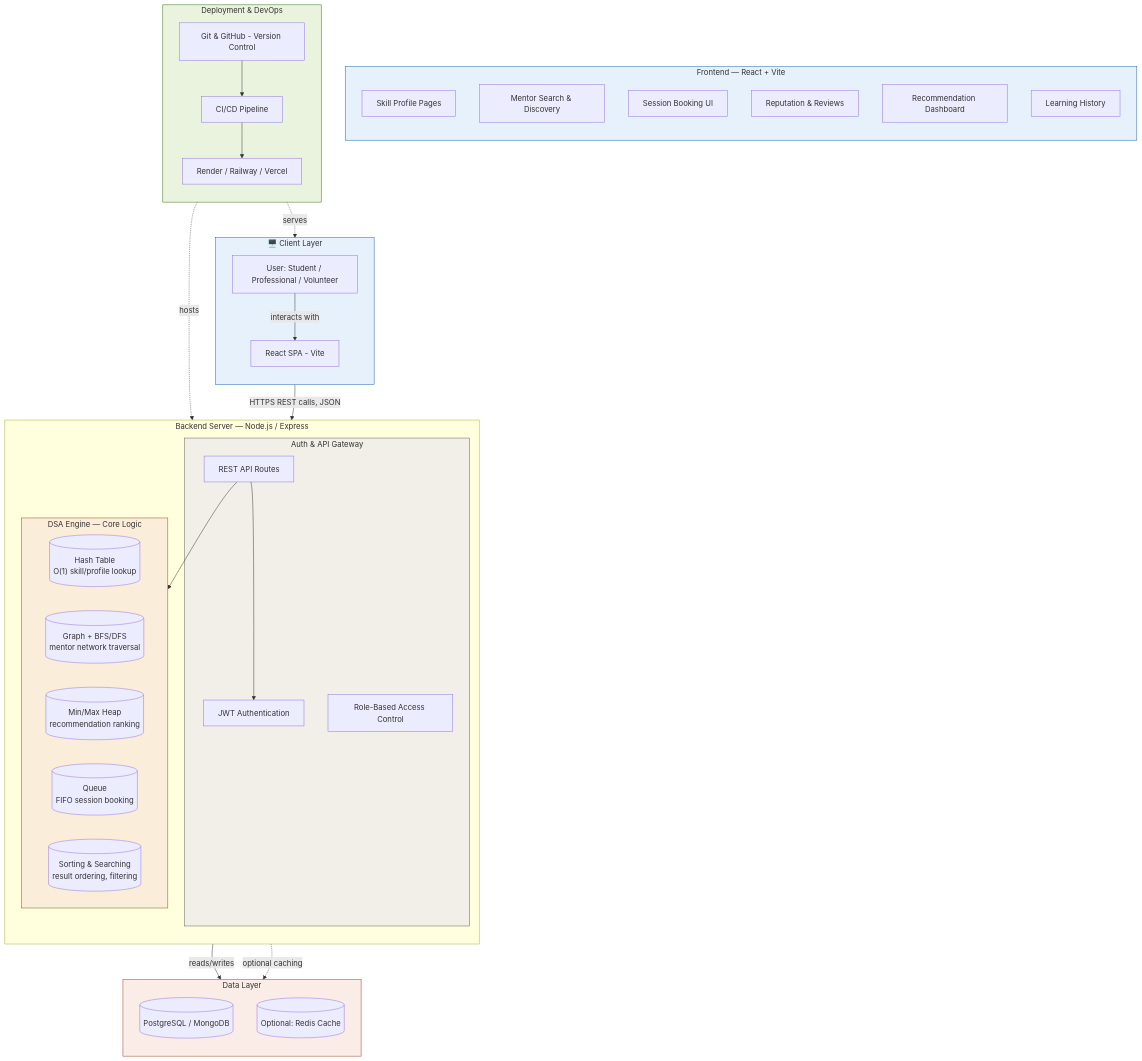
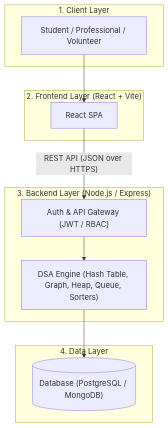
Before and after one commit to hemangi-makwana/csc210_project7_group5: the diagram in README.md, drawn with Mermaid. The commit also changed other lines of this file and 3 other files, not shown here.

Commit message:
docs: add system architecture documentation

````diff
--- a/README.md
+++ b/README.md
@@ -57,67 +79,24 @@
 ```mermaid
-flowchart TB
-    subgraph Client["🖥️ Client Layer"]
-        direction TB
-        U[User: Student / Professional / Volunteer]
-        UI[React SPA - Vite]
-        U -->|interacts with| UI
+flowchart TD
+    subgraph Client["1. Client Layer"]
+        U1["Student / Professional / Volunteer"]
     end
 
-    subgraph Frontend["Frontend — React + Vite"]
-        direction TB
-        P1[Skill Profile Pages]
-        P2[Mentor Search & Discovery]
-        P3[Session Booking UI]
-        P4[Reputation & Reviews]
-        P5[Recommendation Dashboard]
-        P6[Learning History]
+    subgraph Frontend["2. Frontend Layer (React + Vite)"]
+        SPA["React SPA"]
     end
 
-    subgraph Backend["Backend Server — Node.js / Express"]
-        direction TB
-        subgraph AuthLayer["Auth & API Gateway"]
-            AUTH[JWT Authentication]
-            RBAC[Role-Based Access Control]
-            ROUTES[REST API Routes]
-        end
-
-        subgraph DSAEngine["DSA Engine — Core Logic"]
-            direction LR
-            HASH[("Hash Table<br/>O(1) skill/profile lookup")]
-            GRAPH[("Graph + BFS/DFS<br/>mentor network traversal")]
-            HEAP[("Min/Max Heap<br/>recommendation ranking")]
-            QUEUE[("Queue<br/>FIFO session booking")]
-            SORT[("Sorting & Searching<br/>result ordering, filtering")]
-        end
-
-        ROUTES --> AUTH
-        ROUTES --> DSAEngine
+    subgraph Backend["3. Backend Layer (Node.js / Express)"]
+        GW["Auth & API Gateway (JWT / RBAC)"]
+        DSA["DSA Engine (Hash Table, Graph, Heap, Queue, Sorters)"]
+        GW --> DSA
     end
 
-    subgraph Data["Data Layer"]
-        direction TB
-        DB[(PostgreSQL / MongoDB)]
-        CACHE[(Optional: Redis Cache)]
+    subgraph Data["4. Data Layer"]
+        DB[("Database (PostgreSQL / MongoDB)")]
     end
 
-    subgraph Infra["Deployment & DevOps"]
-        direction TB
-        GIT[Git & GitHub - Version Control]
-        CI[CI/CD Pipeline]
-        HOST[Render / Railway / Vercel]
-    end
-
-    UI -->|HTTPS REST calls, JSON| ROUTES
-    DSAEngine -->|reads/writes| DB
-    DSAEngine -.->|optional caching| CACHE
-    GIT --> CI --> HOST
-    HOST -.->|serves| UI
-    HOST -.->|hosts| Backend
-
-    style Client fill:#e6f1fb,stroke:#185fa5,stroke-width:1px
-    style Frontend fill:#e6f1fb,stroke:#185fa5,stroke-width:1px
-    style AuthLayer fill:#f1efe8,stroke:#5f5e5a,stroke-width:1px
-    style DSAEngine fill:#faeeda,stroke:#854f0b,stroke-width:1px
-    style Data fill:#faece7,stroke:#993c1d,stroke-width:1px
-    style Infra fill:#eaf3de,stroke:#3b6d11,stroke-width:1px
+    U1 --> SPA
+    SPA -->|"REST API (JSON over HTTPS)"| GW
+    DSA --> DB
 ```
````
